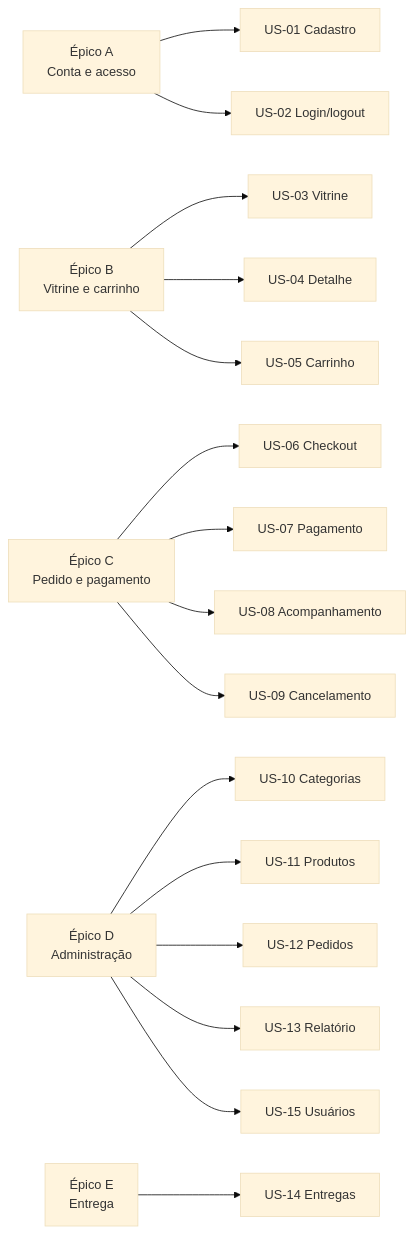
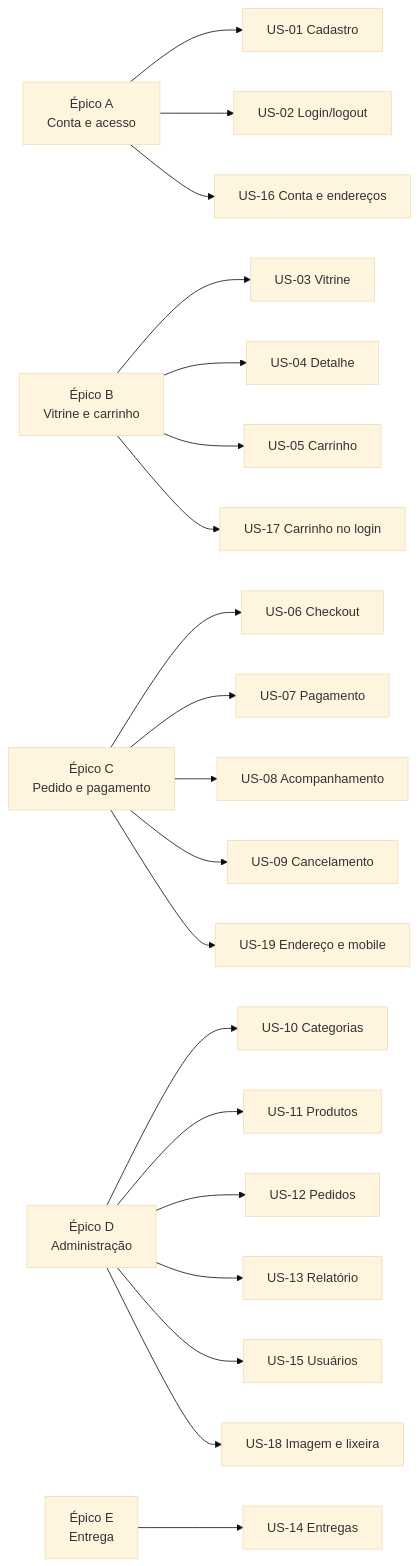
Before and after one commit to st-all-one/RESOLUCAO-PIT2-2026-11: the diagram in docs/02-especificacao/mapa-afinidade.md, drawn with Mermaid (base theme). The commit also changed other lines of this file and 21 other files, not shown here.

````diff
--- a/docs/02-especificacao/mapa-afinidade.md
+++ b/docs/02-especificacao/mapa-afinidade.md
@@ -6,18 +6,22 @@
 ```mermaid
 flowchart LR
   A["Épico A<br/>Conta e acesso"] --> A1[US-01 Cadastro]
   A --> A2[US-02 Login/logout]
+  A --> A3[US-16 Conta e endereços]
   B["Épico B<br/>Vitrine e carrinho"] --> B1[US-03 Vitrine]
   B --> B2[US-04 Detalhe]
   B --> B3[US-05 Carrinho]
+  B --> B4[US-17 Carrinho no login]
   C["Épico C<br/>Pedido e pagamento"] --> C1[US-06 Checkout]
   C --> C2[US-07 Pagamento]
   C --> C3[US-08 Acompanhamento]
   C --> C4[US-09 Cancelamento]
+  C --> C5[US-19 Endereço e mobile]
   D["Épico D<br/>Administração"] --> D1[US-10 Categorias]
   D --> D2[US-11 Produtos]
   D --> D3[US-12 Pedidos]
   D --> D4[US-13 Relatório]
   D --> D5[US-15 Usuários]
+  D --> D6[US-18 Imagem e lixeira]
   E["Épico E<br/>Entrega"] --> E1[US-14 Entregas]
 ```
````
